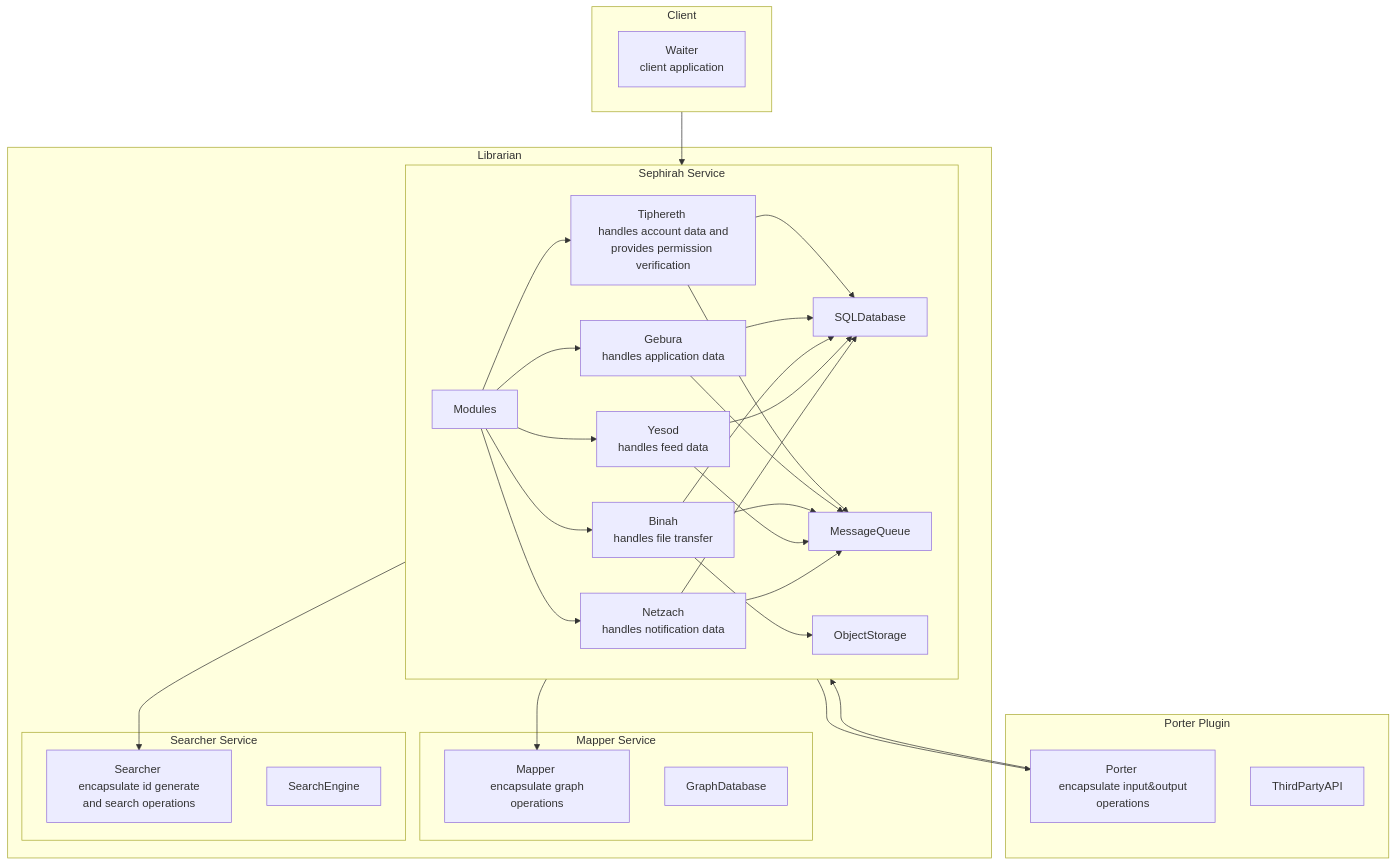
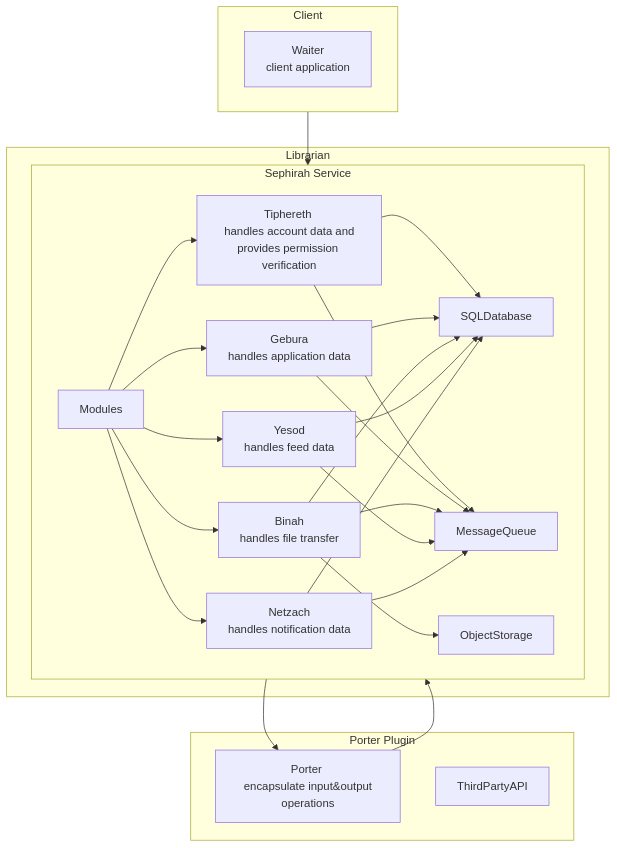
One commit to tuihub/tuihub changed the first of 2 diagrams in docs/developer/design/architecture.md. Above: the diagram before and after it, drawn with Mermaid. The commit also changed other lines of this file and 7 other files, not shown here.

````diff
--- a/docs/developer/design/architecture.md
+++ b/docs/developer/design/architecture.md
@@ -33,51 +31,41 @@
 ```mermaid
 graph
     subgraph Librarian
         subgraph Sephirah[Sephirah Service]
             Tiphereth[Tiphereth \n handles account data and provides permission verification]
             Gebura[Gebura \n handles application data]
             Binah[Binah \n handles file transfer]
             Yesod[Yesod \n handles feed data]
             Netzach[Netzach \n handles notification data]
             SQL[SQLDatabase]
             MQ[MessageQueue]
             OSS[ObjectStorage]
             Modules --> Tiphereth
             Modules --> Gebura
             Modules --> Binah
             Modules --> Yesod
             Modules --> Netzach
             Tiphereth --> SQL
             Gebura --> SQL
             Binah --> SQL
             Yesod --> SQL
             Netzach --> SQL
             Tiphereth --> MQ
             Gebura --> MQ
             Binah --> MQ
             Yesod --> MQ
             Netzach --> MQ
             Binah --> OSS
         end
-        subgraph Mapper Service
-            Mapper[Mapper \n encapsulate graph operations]
-            GraphDatabase
-        end
-        subgraph Searcher Service
-            Searcher[Searcher \n encapsulate id generate and search operations]
-            SearchEngine
-        end
-        Sephirah --> Mapper
-        Sephirah --> Searcher
     end
     subgraph Client
         Waiter[Waiter \n client application]
     end
     subgraph Porter Plugin
         Porter[Porter \n encapsulate input&output operations]
         ThirdPartyAPI
     end
     Sephirah --> Porter
     Porter --> Sephirah
     Client --> Sephirah
 ```
````
